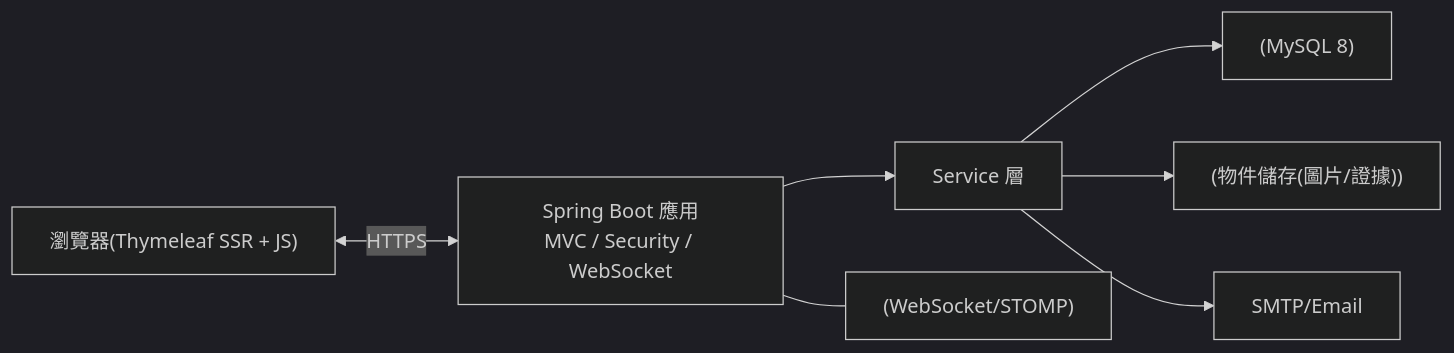
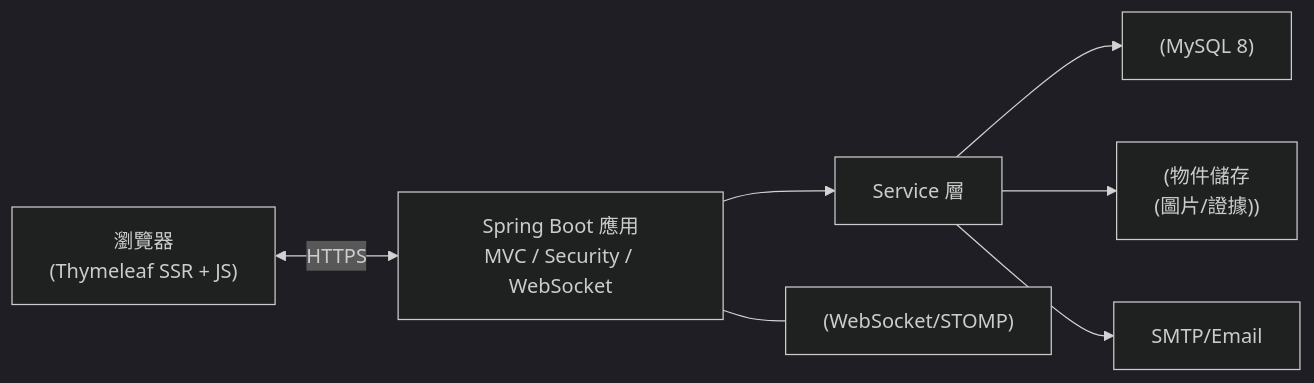
Before and after one commit to chi157/Exchange-Platform: the first of 5 diagrams in docs/software-architecture-design.md, drawn with Mermaid (dark theme).

Commit message:
修改顯示格式

````diff
--- a/docs/software-architecture-design.md
+++ b/docs/software-architecture-design.md
@@ -23,9 +23,9 @@
 ```mermaid
 flowchart LR
-  A["瀏覽器(Thymeleaf SSR + JS)"] <-->|HTTPS| B[Spring Boot 應用<br/>MVC / Security / WebSocket]
+  A["瀏覽器</br>(Thymeleaf SSR + JS)"] <-->|HTTPS| B[Spring Boot 應用<br/>MVC / Security / WebSocket]
   B --> C[Service 層]
   C --> D["(MySQL 8)"]
-  C --> E["(物件儲存(圖片/證據))"]
+  C --> E["(物件儲存</br>(圖片/證據))"]
   C --> F[SMTP/Email]
   B --- G["(WebSocket/STOMP)"]
 ```
````
